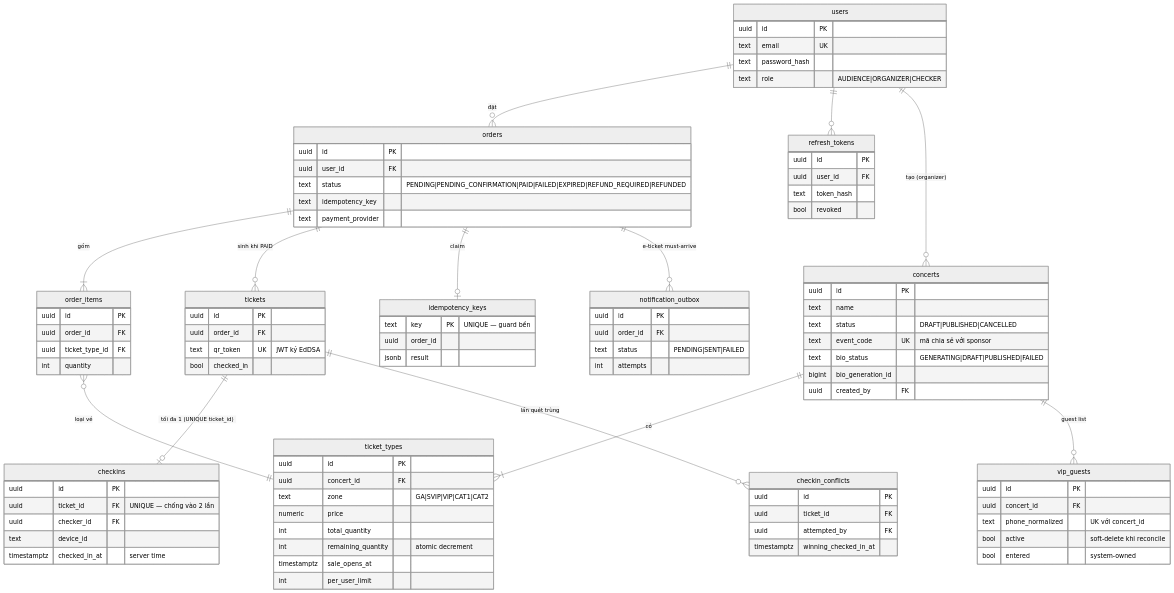
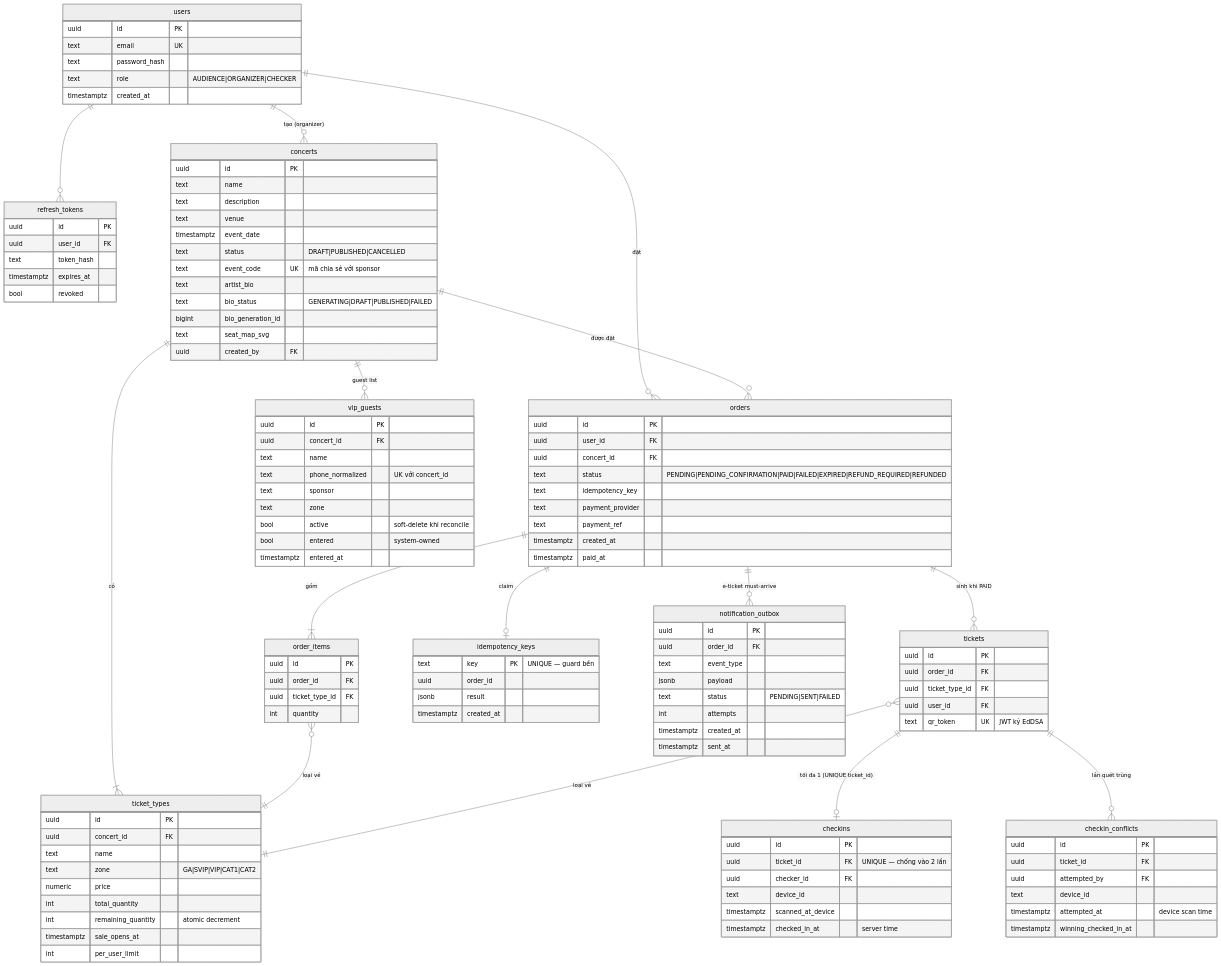
Before and after one commit to JakeConal/ticket-box: the third of 5 diagrams in blueprint/design.md, drawn with Mermaid (neutral theme). The commit also changed other lines of this file and 12 other files, not shown here.

First line of the commit message:
docs: Refactor notification and payment gateway specs; enhance ticket purchase and offline check-in scenarios

````diff
--- a/blueprint/design.md
+++ b/blueprint/design.md
@@ -91,9 +106,11 @@
     users ||--o{ refresh_tokens : ""
     users ||--o{ concerts : "tạo (organizer)"
     concerts ||--|{ ticket_types : "có"
+    concerts ||--o{ orders : "được đặt"
     concerts ||--o{ vip_guests : "guest list"
     orders ||--|{ order_items : "gồm"
     order_items }o--|| ticket_types : "loại vé"
+    tickets }o--|| ticket_types : "loại vé"
     orders ||--o{ tickets : "sinh khi PAID"
     orders ||--o| idempotency_keys : "claim"
     orders ||--o{ notification_outbox : "e-ticket must-arrive"
@@ -103,16 +120,23 @@
     users { uuid id PK
             text email UK
             text password_hash
-            text role "AUDIENCE|ORGANIZER|CHECKER" }
+            text role "AUDIENCE|ORGANIZER|CHECKER"
+            timestamptz created_at }
     concerts { uuid id PK
                text name
+               text description
+               text venue
+               timestamptz event_date
                text status "DRAFT|PUBLISHED|CANCELLED"
                text event_code UK "mã chia sẻ với sponsor"
+               text artist_bio
                text bio_status "GENERATING|DRAFT|PUBLISHED|FAILED"
                bigint bio_generation_id
+               text seat_map_svg
                uuid created_by FK }
     ticket_types { uuid id PK
                    uuid concert_id FK
+                   text name
                    text zone "GA|SVIP|VIP|CAT1|CAT2"
                    numeric price
                    int total_quantity
@@ -121,40 +145,58 @@
                    int per_user_limit }
     orders { uuid id PK
              uuid user_id FK
+             uuid concert_id FK
              text status "PENDING|PENDING_CONFIRMATION|PAID|FAILED|EXPIRED|REFUND_REQUIRED|REFUNDED"
              text idempotency_key
-             text payment_provider }
+             text payment_provider
+             text payment_ref
+             timestamptz created_at
+             timestamptz paid_at }
     order_items { uuid id PK
                   uuid order_id FK
                   uuid ticket_type_id FK
                   int quantity }
     tickets { uuid id PK
               uuid order_id FK
-              text qr_token UK "JWT ký EdDSA"
-              bool checked_in }
+              uuid ticket_type_id FK
+              uuid user_id FK
+              text qr_token UK "JWT ký EdDSA" }
     checkins { uuid id PK
                uuid ticket_id FK "UNIQUE — chống vào 2 lần"
                uuid checker_id FK
                text device_id
+               timestamptz scanned_at_device
                timestamptz checked_in_at "server time" }
     checkin_conflicts { uuid id PK
                         uuid ticket_id FK
                         uuid attempted_by FK
+                        text device_id
+                        timestamptz attempted_at "device scan time"
                         timestamptz winning_checked_in_at }
     vip_guests { uuid id PK
                  uuid concert_id FK
+                 text name
                  text phone_normalized "UK với concert_id"
+                 text sponsor
+                 text zone
                  bool active "soft-delete khi reconcile"
-                 bool entered "system-owned" }
+                 bool entered "system-owned"
+                 timestamptz entered_at }
     idempotency_keys { text key PK "UNIQUE — guard bền"
                        uuid order_id
-                       jsonb result }
+                       jsonb result
+                       timestamptz created_at }
     notification_outbox { uuid id PK
                           uuid order_id FK
+                          text event_type
+                          jsonb payload
                           text status "PENDING|SENT|FAILED"
-                          int attempts }
+                          int attempts
+                          timestamptz created_at
+                          timestamptz sent_at }
     refresh_tokens { uuid id PK
                      uuid user_id FK
                      text token_hash
+                     timestamptz expires_at
                      bool revoked }
 ```
````
